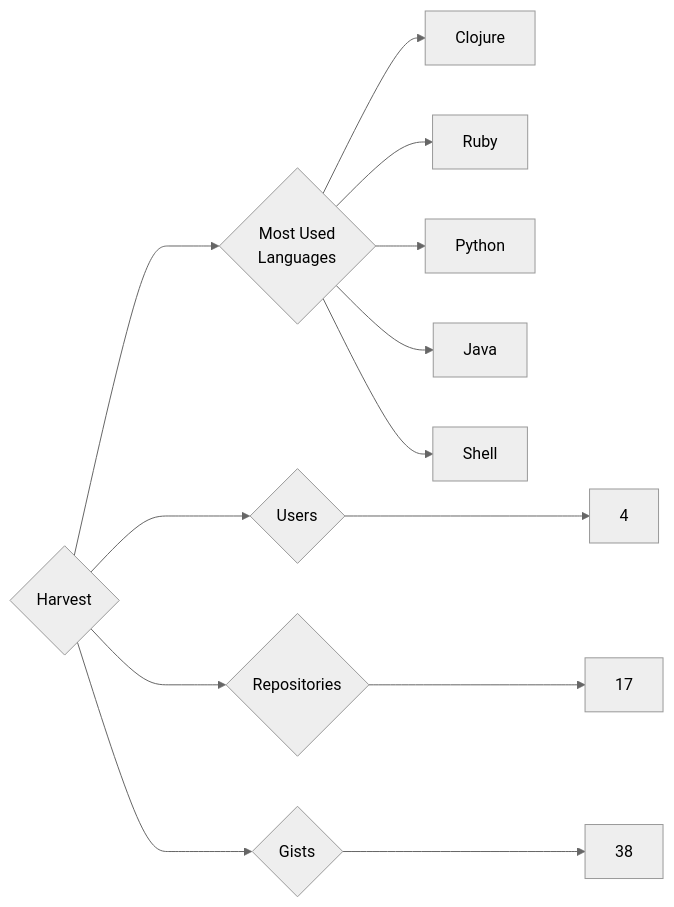
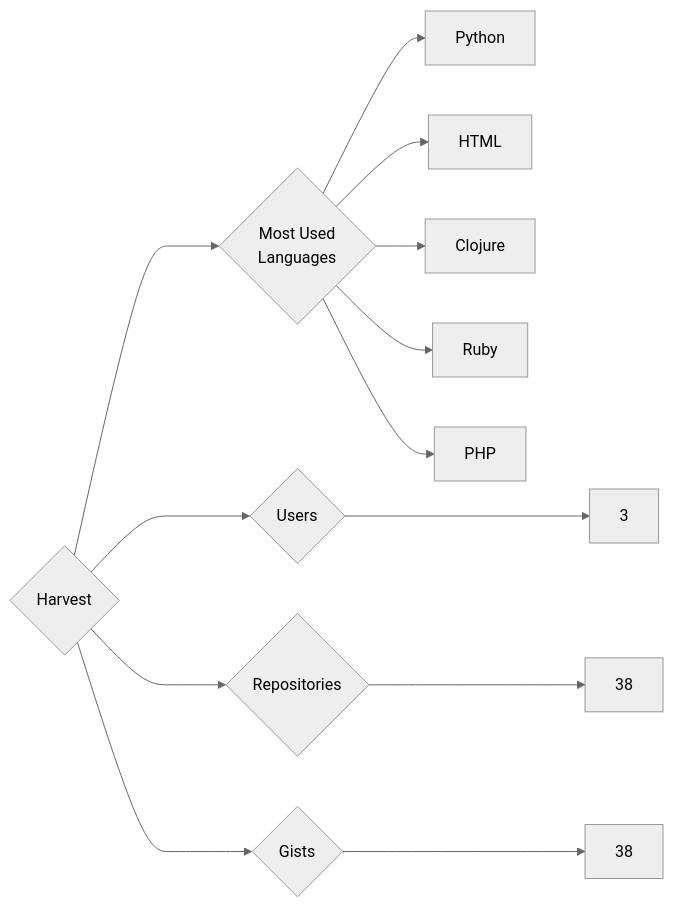
One commit to trickest/insiders changed the diagram in targets/Harvest/README.md. Above: the diagram before and after it, drawn with Mermaid (neutral theme). The commit also changed 636 other files, not shown here.

````diff
--- a/targets/Harvest/README.md
+++ b/targets/Harvest/README.md
@@ -3,13 +3,13 @@
 ```mermaid
 graph LR
 COMPANY_NAME{Harvest}
-COMPANY_NAME ---> U{Users} ---> UN[4]
-COMPANY_NAME ---> R{Repositories} ---> RN[17]
+COMPANY_NAME ---> U{Users} ---> UN[3]
+COMPANY_NAME ---> R{Repositories} ---> RN[38]
 COMPANY_NAME ---> G{Gists} ---> GN[38]
 COMPANY_NAME ---> ML{Most Used<br>Languages}
+ML --> Python[Python]
+ML --> HTML[HTML]
 ML --> Clojure[Clojure]
 ML --> Ruby[Ruby]
-ML --> Python[Python]
-ML --> Java[Java]
-ML --> Shell[Shell]
+ML --> PHP[PHP]
 ```
````
